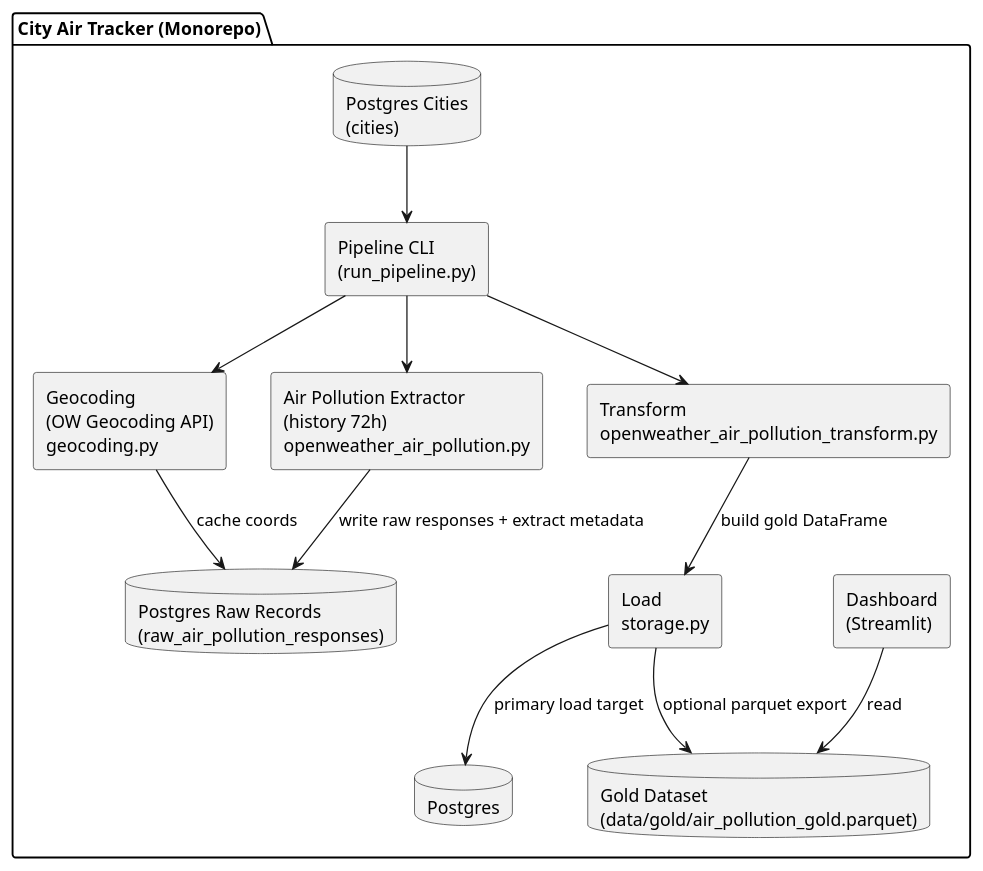
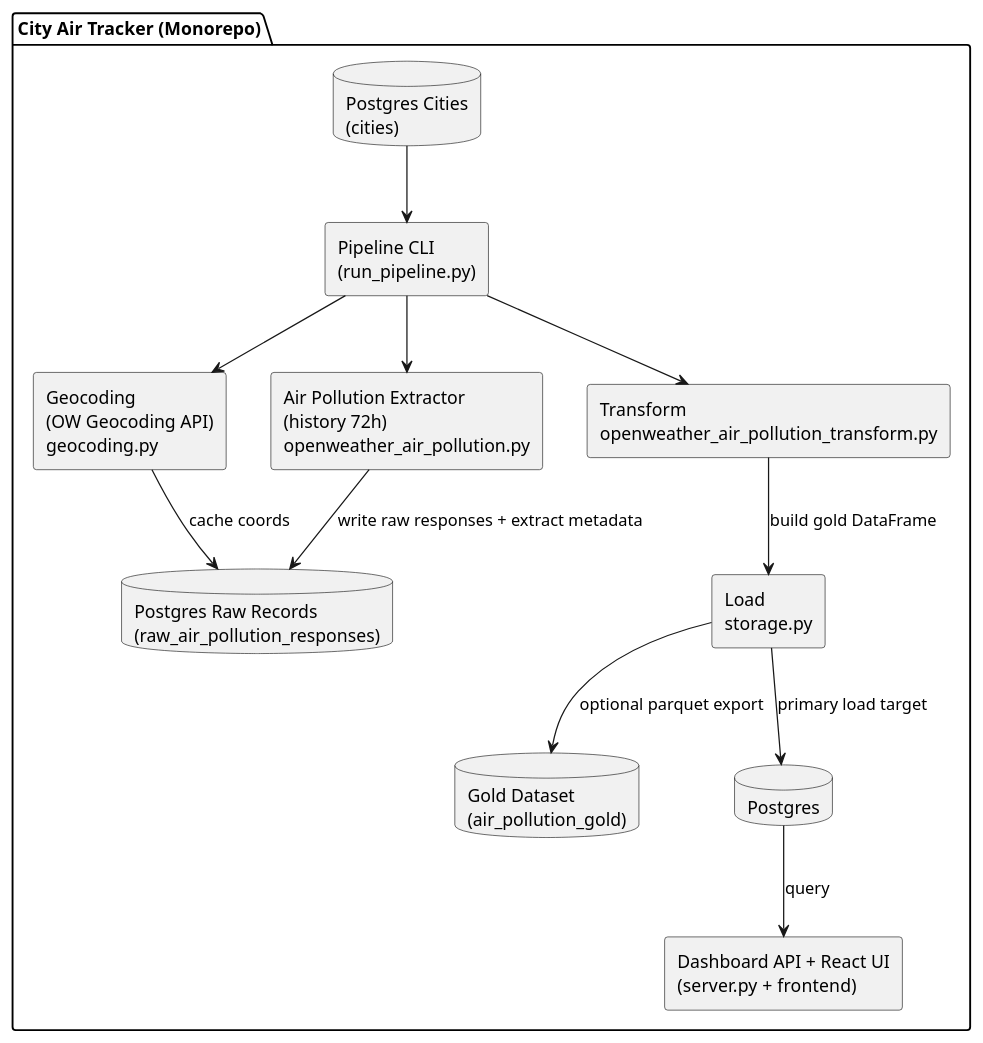
Before and after one commit to Code-the-Dream-School/practicum-city-air-tracker: the first of 2 diagrams in docs/architecture/architecture.md, drawn with PlantUML. The commit also changed other lines of this file and 13 other files, not shown here.

Commit message:
AIR-007.2 Refactor React dashboard architecture

````diff
--- a/docs/architecture/architecture.md
+++ b/docs/architecture/architecture.md
@@ -5,30 +5,30 @@
 ```plantuml
 @startuml
 skinparam componentStyle rectangle
 
 package "City Air Tracker (Monorepo)" {
   [Pipeline CLI\n(run_pipeline.py)] as cli
   component "Geocoding\n(OW Geocoding API)\ngeocoding.py" as geo
   component "Air Pollution Extractor\n(history 72h)\nopenweather_air_pollution.py" as ex
   component "Transform\nopenweather_air_pollution_transform.py" as tr
   component "Load\nstorage.py" as ld
   database "Postgres Raw Records\n(raw_air_pollution_responses)" as raw
-  database "Gold Dataset\n(data/gold/air_pollution_gold.parquet)" as gold
+  database "Gold Dataset\n(air_pollution_gold)" as gold
   database "Postgres" as pg
-  component "Dashboard\n(Streamlit)" as dash
+  component "Dashboard API + React UI\n(server.py + frontend)" as dash
   database "Postgres Cities\n(cities)" as cities
 }
 
 cities --> cli
 cli --> geo
 geo --> raw : cache coords
 cli --> ex
 ex --> raw : write raw responses + extract metadata
 cli --> tr
 tr --> ld : build gold DataFrame
 ld --> gold : optional parquet export
 ld --> pg : primary load target
-dash --> gold : read
+pg --> dash : query
 
 @enduml
 ```
````
